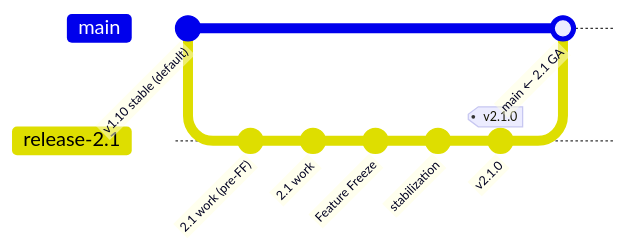
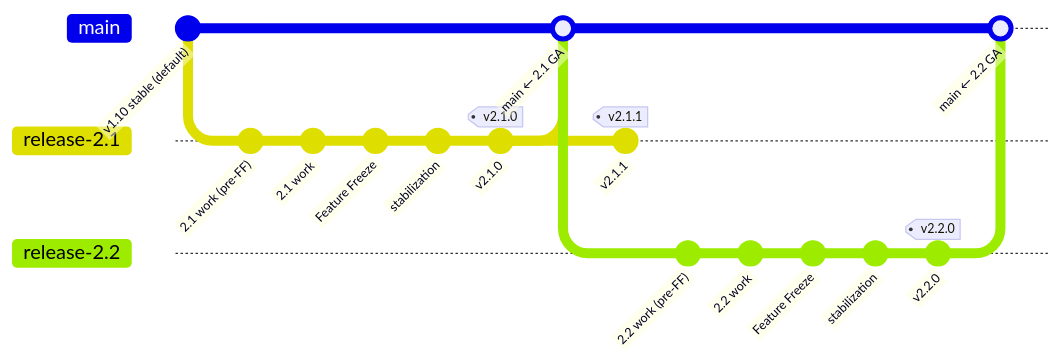
The third of 4 diagrams in decisions/006-rhdh-local-branching-strategy.md (redhat-developer/rhdh-adr), drawn with Mermaid before and after one commit. The commit also changed other lines of this file, not shown here.

First line of the commit message:
Expand Mermaid diagrams with multiple release cycles

````diff
--- a/decisions/006-rhdh-local-branching-strategy.md
+++ b/decisions/006-rhdh-local-branching-strategy.md
@@ -74,12 +95,23 @@
 ```mermaid
 gitGraph
     commit id: "v1.10 stable (default)"
     branch release-2.1
     commit id: "2.1 work (pre-FF)"
     commit id: "2.1 work"
     commit id: "Feature Freeze"
     commit id: "stabilization"
     commit id: "v2.1.0" tag: "v2.1.0"
     checkout main
     merge release-2.1 id: "main ← 2.1 GA"
+    checkout release-2.1
+    commit id: "v2.1.1" tag: "v2.1.1"
+    checkout main
+    branch release-2.2
+    commit id: "2.2 work (pre-FF)"
+    commit id: "2.2 work"
+    commit id: "Feature Freeze "
+    commit id: "stabilization "
+    commit id: "v2.2.0" tag: "v2.2.0"
+    checkout main
+    merge release-2.2 id: "main ← 2.2 GA"
 ```
````
